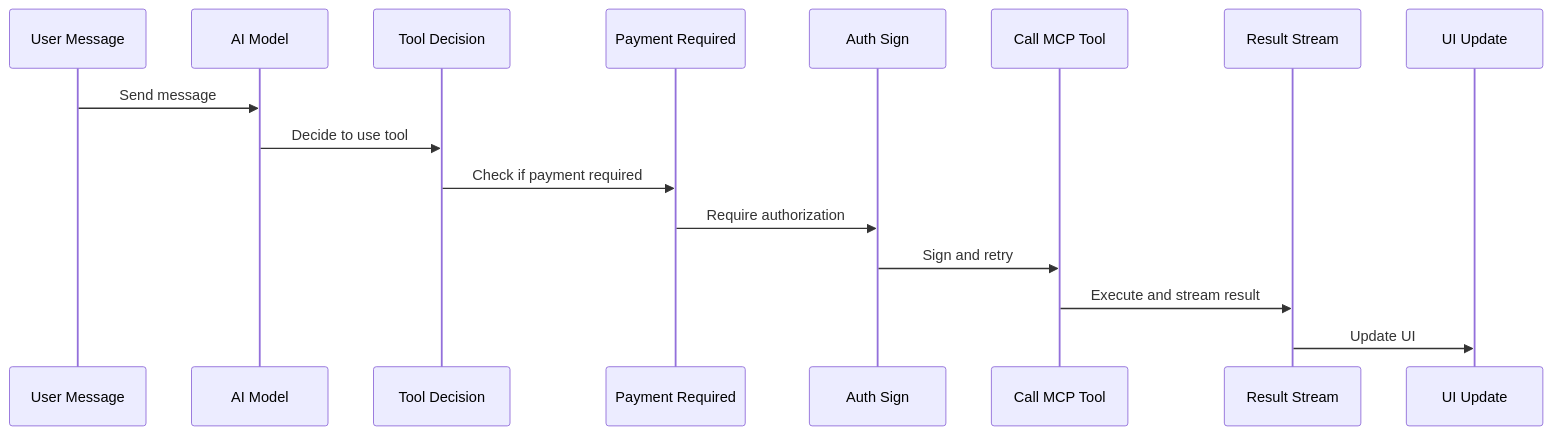
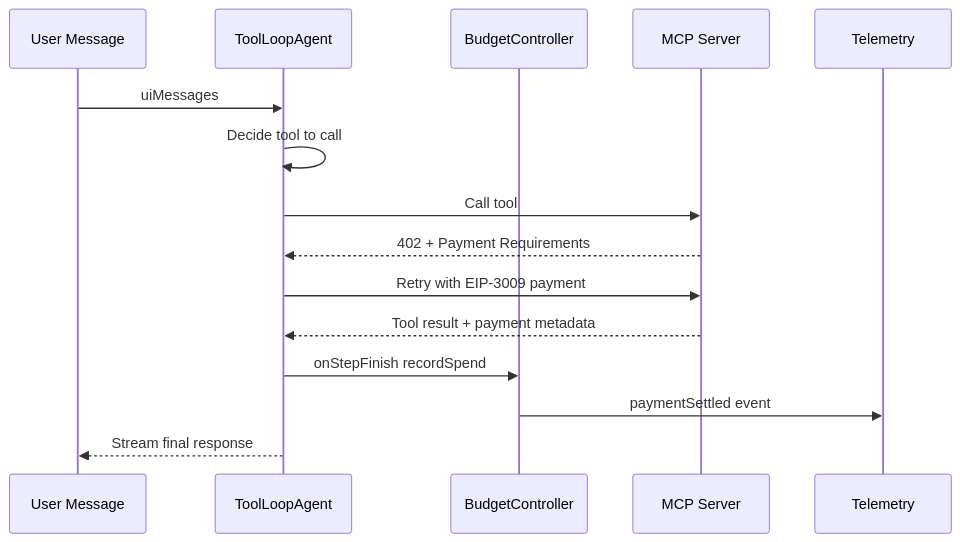
The fourth of 5 diagrams in reports/architecture-design.md (aijayz/x402-ai-agent), drawn with Mermaid before and after one commit. The commit also changed other lines of this file and 53 other files, not shown here.

````diff
--- a/reports/architecture-design.md
+++ b/reports/architecture-design.md
@@ -374,19 +644,18 @@
 ```mermaid
 sequenceDiagram
     participant User as User Message
-    participant AI as AI Model
-    participant Tool as Tool Decision
-    participant Payment as Payment Required
-    participant Auth as Auth Sign
-    participant MCP as Call MCP Tool
-    participant Result as Result Stream
-    participant UI as UI Update
+    participant Agent as ToolLoopAgent
+    participant Budget as BudgetController
+    participant MCP as MCP Server
+    participant Telemetry as Telemetry
 
-    User->>AI: Send message
-    AI->>Tool: Decide to use tool
-    Tool->>Payment: Check if payment required
-    Payment->>Auth: Require authorization
-    Auth->>MCP: Sign and retry
-    MCP->>Result: Execute and stream result
-    Result->>UI: Update UI
+    User->>Agent: uiMessages
+    Agent->>Agent: Decide tool to call
+    Agent->>MCP: Call tool
+    MCP-->>Agent: 402 + Payment Requirements
+    Agent->>MCP: Retry with EIP-3009 payment
+    MCP-->>Agent: Tool result + payment metadata
+    Agent->>Budget: onStepFinish recordSpend
+    Budget->>Telemetry: paymentSettled event
+    Agent-->>User: Stream final response
 ```
````
